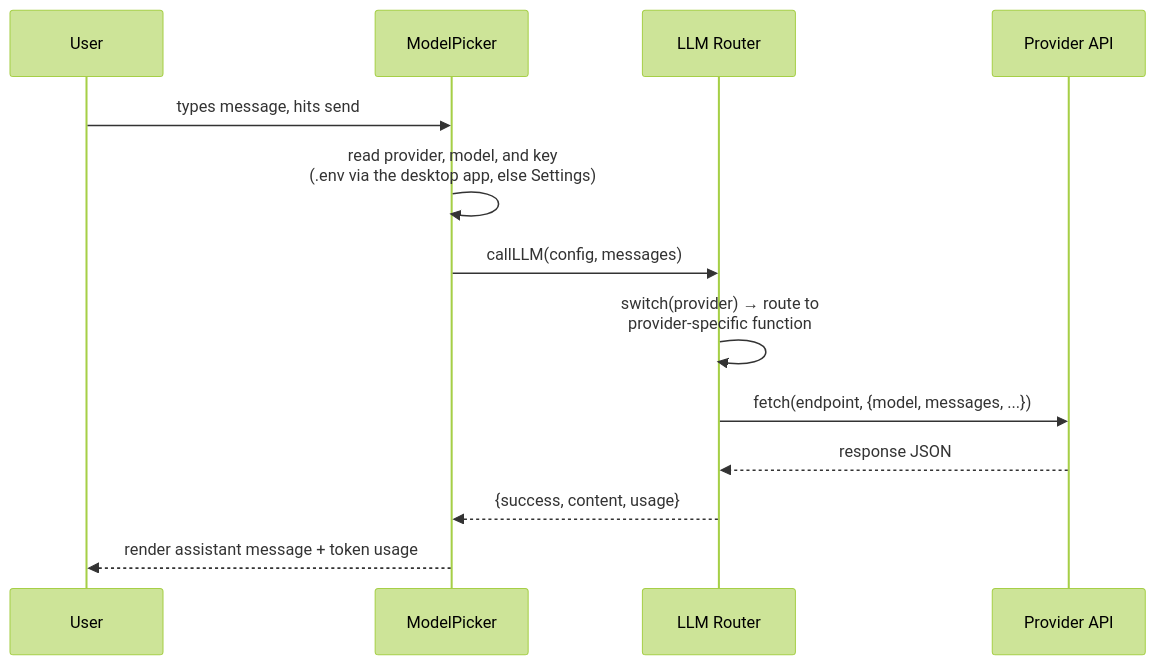
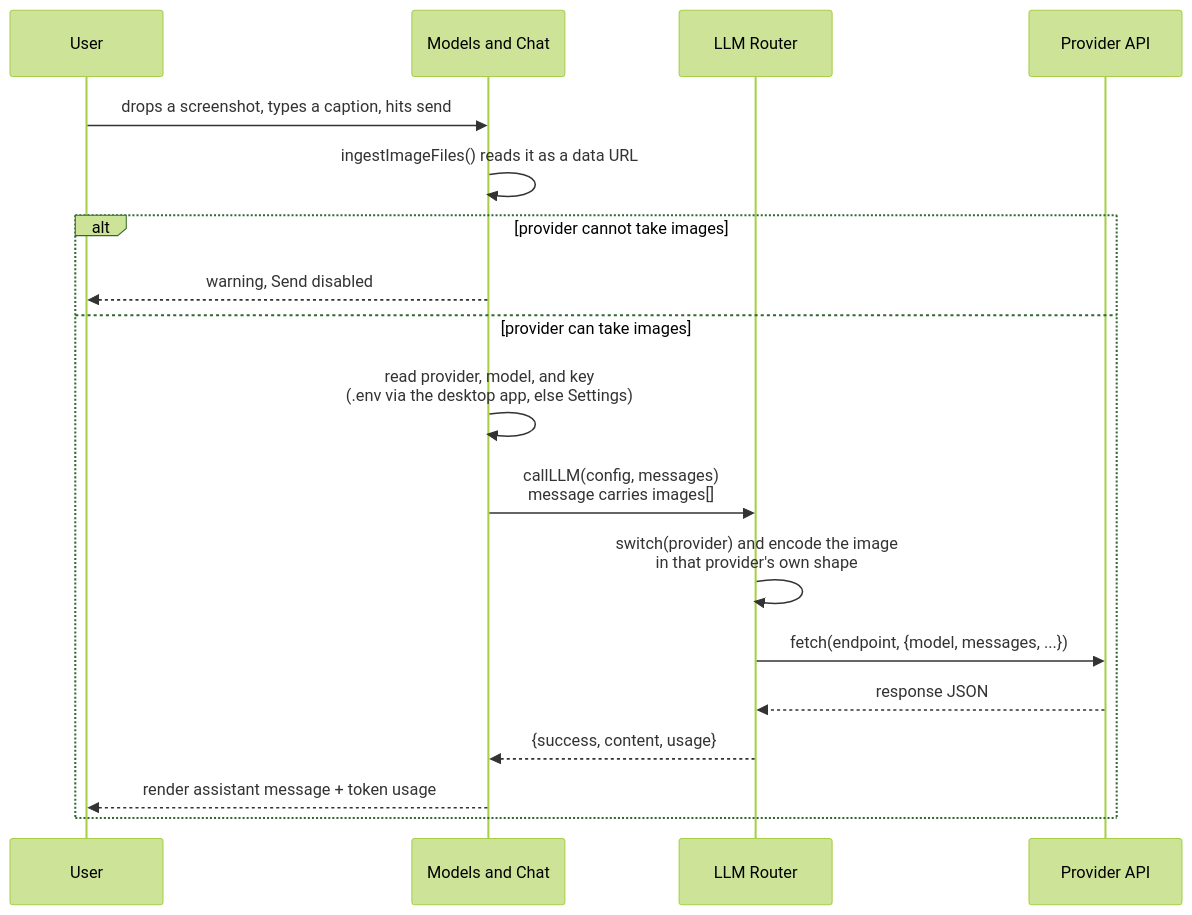
One commit to jacobcowanr/ValhallaAI changed the second of 7 diagrams in ARCHITECTURE.md. Above: the diagram before and after it, drawn with Mermaid (forest theme). The commit also changed other lines of this file and 2 other files, not shown here.

First line of the commit message:
Documentation brought current, with diagrams

````diff
--- a/ARCHITECTURE.md
+++ b/ARCHITECTURE.md
@@ -257,16 +266,21 @@
 ```mermaid
 sequenceDiagram
     participant U as User
-    participant MP as ModelPicker
+    participant MP as Models and Chat
     participant R as LLM Router
     participant P as Provider API
 
-    U->>MP: types message, hits send
-    MP->>MP: read provider, model, and key<br/>(.env via the desktop app, else Settings)
-    MP->>R: callLLM(config, messages)
-    R->>R: switch(provider) → route to<br/>provider-specific function
-    R->>P: fetch(endpoint, {model, messages, ...})
-    P-->>R: response JSON
-    R-->>MP: {success, content, usage}
-    MP-->>U: render assistant message + token usage
+    U->>MP: drops a screenshot, types a caption, hits send
+    MP->>MP: ingestImageFiles() reads it as a data URL
+    alt provider cannot take images
+        MP-->>U: warning, Send disabled
+    else provider can take images
+        MP->>MP: read provider, model, and key<br/>(.env via the desktop app, else Settings)
+        MP->>R: callLLM(config, messages)<br/>message carries images[]
+        R->>R: switch(provider) and encode the image<br/>in that provider's own shape
+        R->>P: fetch(endpoint, {model, messages, ...})
+        P-->>R: response JSON
+        R-->>MP: {success, content, usage}
+        MP-->>U: render assistant message + token usage
+    end
 ```
````
